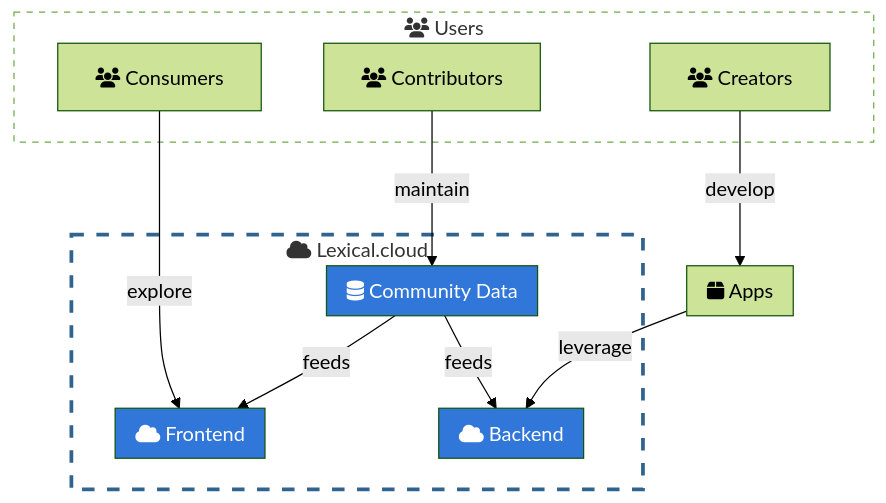
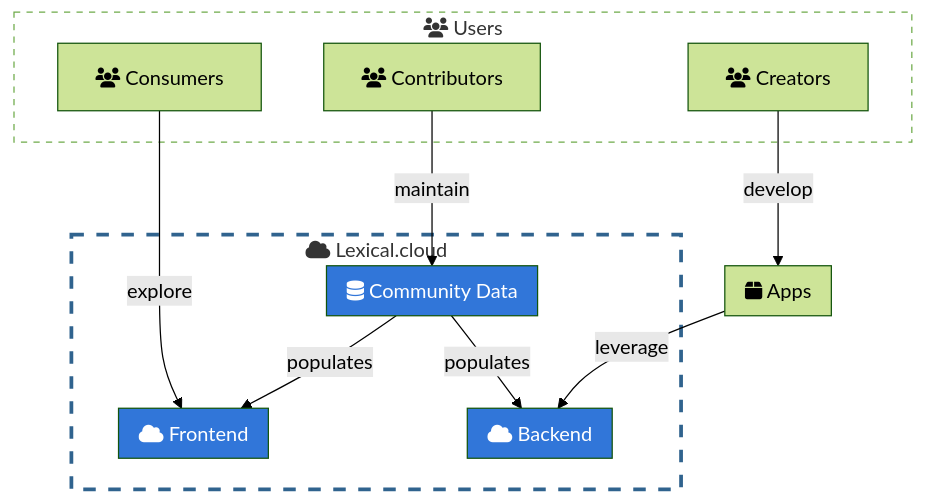
One commit to lexical-cloud/lexical-cloud-docs changed the second of 11 diagrams in en/pages/project.md. Above: the diagram before and after it, drawn with Mermaid (forest theme). The commit also changed other lines of this file and 17 other files, not shown here.

````diff
--- a/en/pages/project.md
+++ b/en/pages/project.md
@@ -84,42 +84,42 @@
 ```mermaid
 flowchart TD
 %% entities
   U1["fa:fa-users Consumers"]
   U2["fa:fa-users Contributors"]
   U3["fa:fa-users Creators"]
 %% groups
   subgraph G1["fa:fa-users Users"]
     U1
     U2
     U3
   end
   subgraph G2["fa:fa-box Apps"]
   end
   subgraph G3["fa:fa-cloud Lexical.cloud"]
     G4
     G5
     G6
   end
   subgraph G4["fa:fa-database Community Data"]
   end
   subgraph G5["fa:fa-cloud Backend"]
   end
   subgraph G6["fa:fa-cloud Frontend"]
   end
 %% relationships
   U1 -->|explore| G6
   U2 -->|maintain| G4 
   U3 -->|develop| G2
-  G4 -->|feeds| G5
-  G4 -->|feeds| G6
+  G4 -->|populates| G5
+  G4 -->|populates| G6
   G2 -->|leverage| G5
 %% styles
   classDef clickable fill:#3176d9,color:white
   classDef cluster fill:white
   style G1 stroke-dasharray:5
   style G3 stroke:#30638E,stroke-dasharray:10,stroke-width:3px
 %% interactions
   click G4 "#community-data"
   click G5 "#backend"
   click G6 "#frontend"
 ```
````
